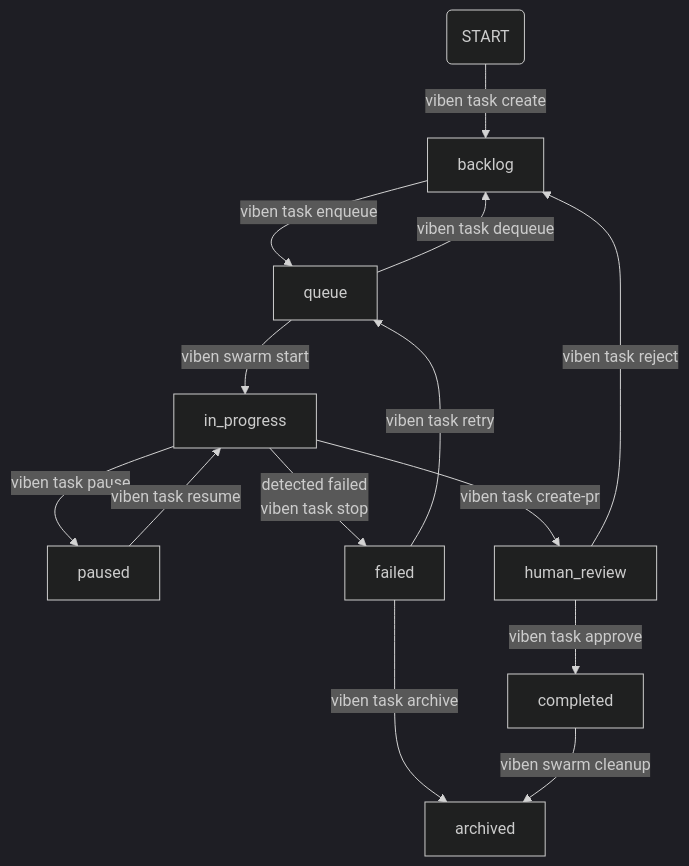
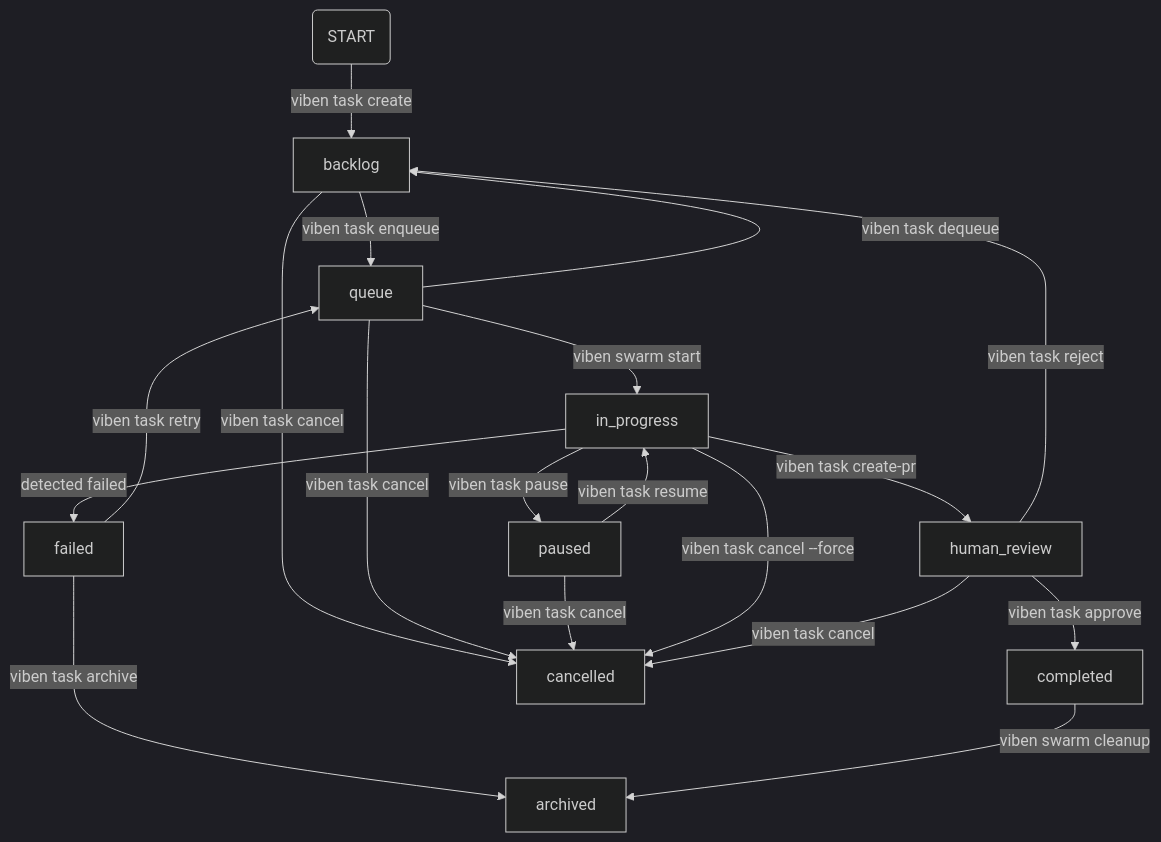
One commit to LinXueyuanStdio/viben changed the second of 2 diagrams in docs/specs/modules/task-system.md. Above: the diagram before and after it, drawn with Mermaid (dark theme). The commit also changed other lines of this file and 22 other files, not shown here.

````diff
--- a/docs/specs/modules/task-system.md
+++ b/docs/specs/modules/task-system.md
@@ -161,16 +166,22 @@
 ```mermaid
 flowchart TD
     A(START) -->|viben task create| B[backlog]
     B -->|viben task enqueue| C[queue]
     C -->|viben swarm start| D[in_progress]
     D -->|viben task pause| E[paused]
     E -->|viben task resume| D
     D -->|viben task create-pr| F[human_review]
     F -->|viben task approve| G[completed]
     F -->|viben task reject| B
     C -->|viben task dequeue| B
-    D -->|detected failed<br>viben task stop| H[failed]
+    D -->|detected failed| H[failed]
     H -->|viben task retry| C
     H -->|viben task archive| I[archived]
     G -->|viben swarm cleanup| I
+
+    B -->|viben task cancel| J[cancelled]
+    C -->|viben task cancel| J
+    E -->|viben task cancel| J
+    D -->|viben task cancel --force| J
+    F -->|viben task cancel| J
 ```
````
